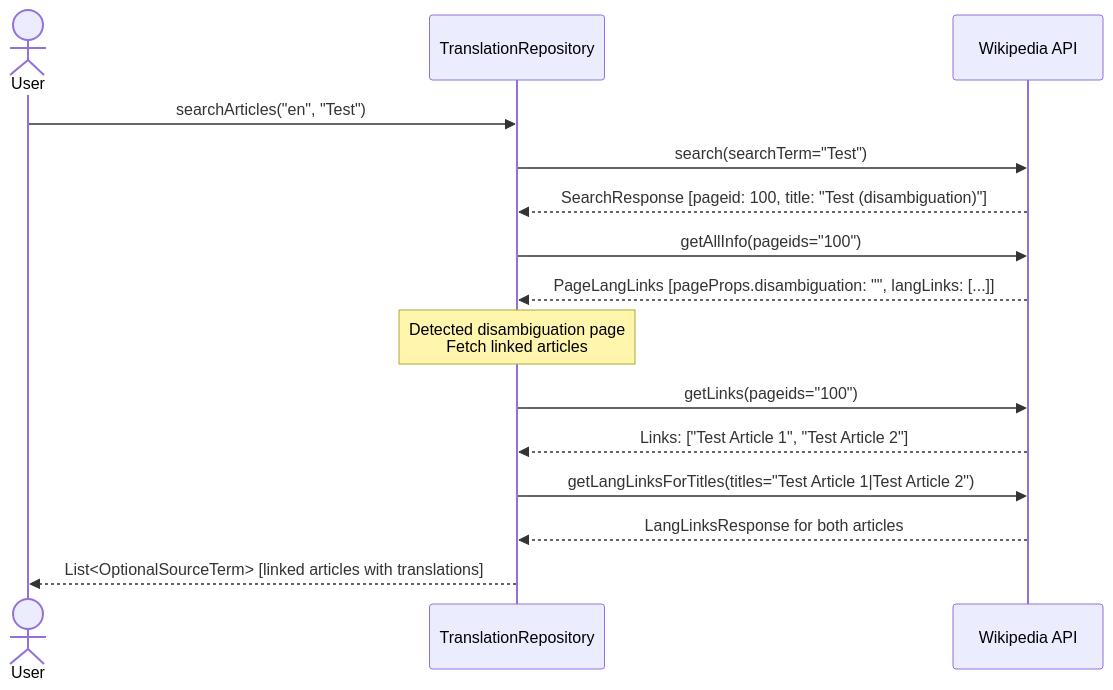
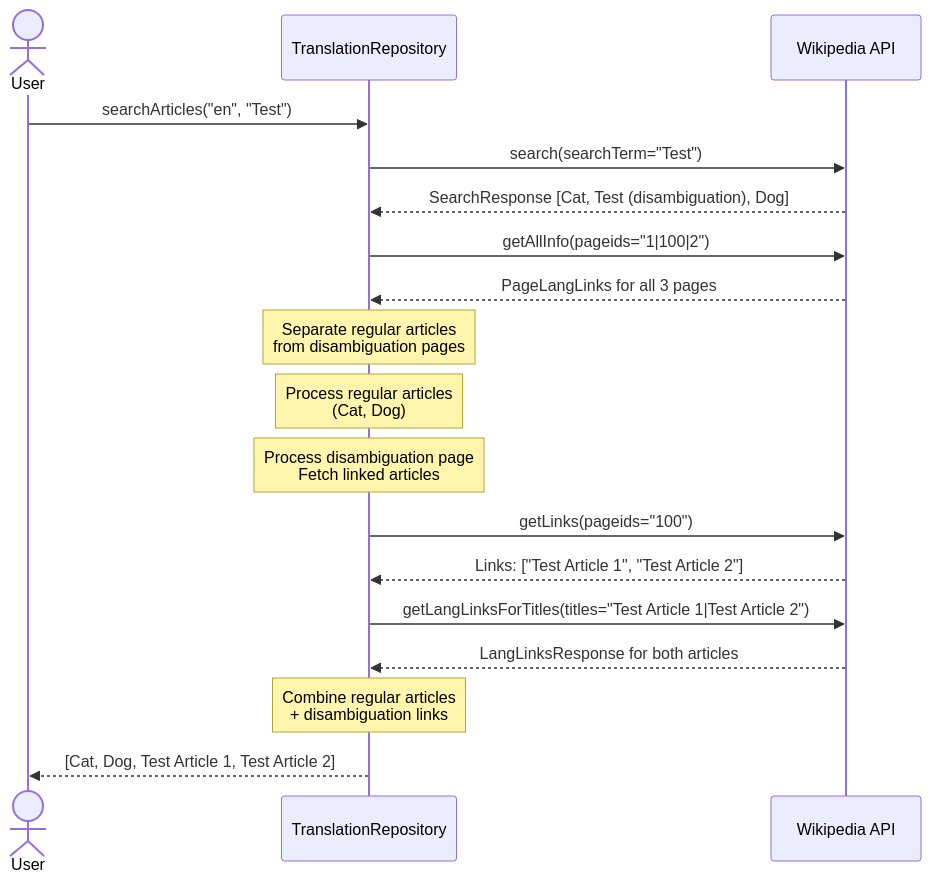
One commit to AnySoftKeyboard/janus changed the sixth of 7 diagrams in TRANSLATION_FLOW.md. Above: the diagram before and after it, drawn with Mermaid. The commit also changed other lines of this file and 2 other files, not shown here.

First line of the commit message:
[LLM] fix: Handle disambiguation pages additively instead of exclusively

````diff
--- a/TRANSLATION_FLOW.md
+++ b/TRANSLATION_FLOW.md
@@ -257,24 +257,30 @@
 ```mermaid
 sequenceDiagram
     actor User
     participant Repo as TranslationRepository
     participant API as Wikipedia API
 
     User->>Repo: searchArticles("en", "Test")
 
     Repo->>API: search(searchTerm="Test")
-    API-->>Repo: SearchResponse [pageid: 100, title: "Test (disambiguation)"]
+    API-->>Repo: SearchResponse [Cat, Test (disambiguation), Dog]
 
-    Repo->>API: getAllInfo(pageids="100")
-    API-->>Repo: PageLangLinks [pageProps.disambiguation: "", langLinks: [...]]
+    Repo->>API: getAllInfo(pageids="1|100|2")
+    API-->>Repo: PageLangLinks for all 3 pages
 
-    Note over Repo: Detected disambiguation page<br/>Fetch linked articles
+    Note over Repo: Separate regular articles<br/>from disambiguation pages
+
+    Note over Repo: Process regular articles<br/>(Cat, Dog)
+
+    Note over Repo: Process disambiguation page<br/>Fetch linked articles
 
     Repo->>API: getLinks(pageids="100")
     API-->>Repo: Links: ["Test Article 1", "Test Article 2"]
 
     Repo->>API: getLangLinksForTitles(titles="Test Article 1|Test Article 2")
     API-->>Repo: LangLinksResponse for both articles
 
-    Repo-->>User: List<OptionalSourceTerm> [linked articles with translations]
+    Note over Repo: Combine regular articles<br/>+ disambiguation links
+
+    Repo-->>User: [Cat, Dog, Test Article 1, Test Article 2]
 ```
````
